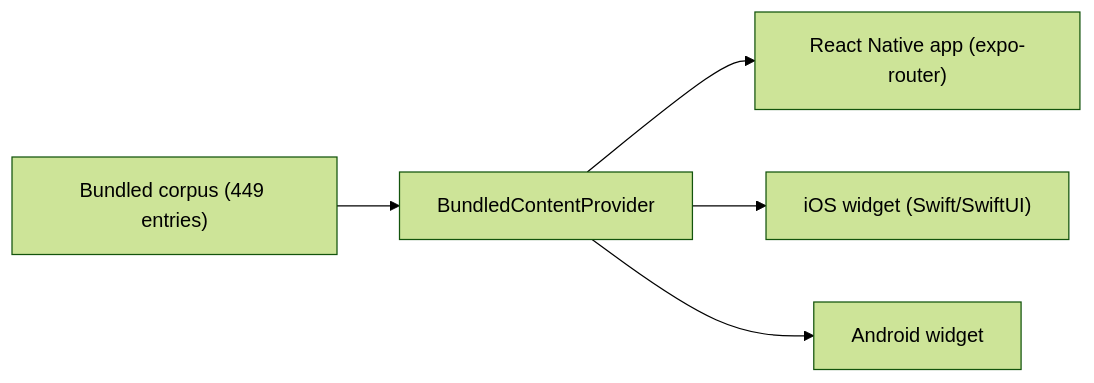
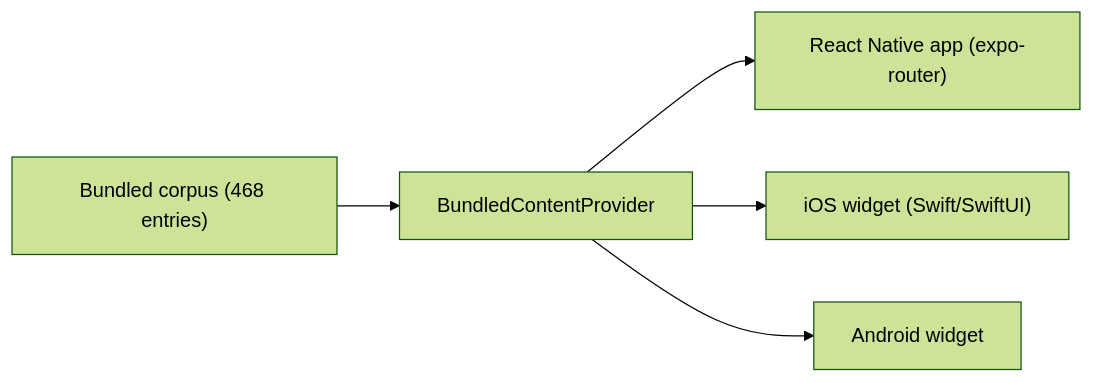
The diagram in site/src/content/work/izwi.md (stewartburton/stewartburton.github.io), drawn with Mermaid (forest theme) before and after one commit. The commit also changed other lines of this file and 7 other files, not shown here.

````diff
--- a/site/src/content/work/izwi.md
+++ b/site/src/content/work/izwi.md
@@ -20,7 +20,7 @@
 ```mermaid
 flowchart LR
-    Corpus["Bundled corpus (449 entries)"] --> Provider["BundledContentProvider"]
+    Corpus["Bundled corpus (468 entries)"] --> Provider["BundledContentProvider"]
     Provider --> App["React Native app (expo-router)"]
     Provider --> WidgetiOS["iOS widget (Swift/SwiftUI)"]
     Provider --> WidgetAndroid["Android widget"]
 ```
````
